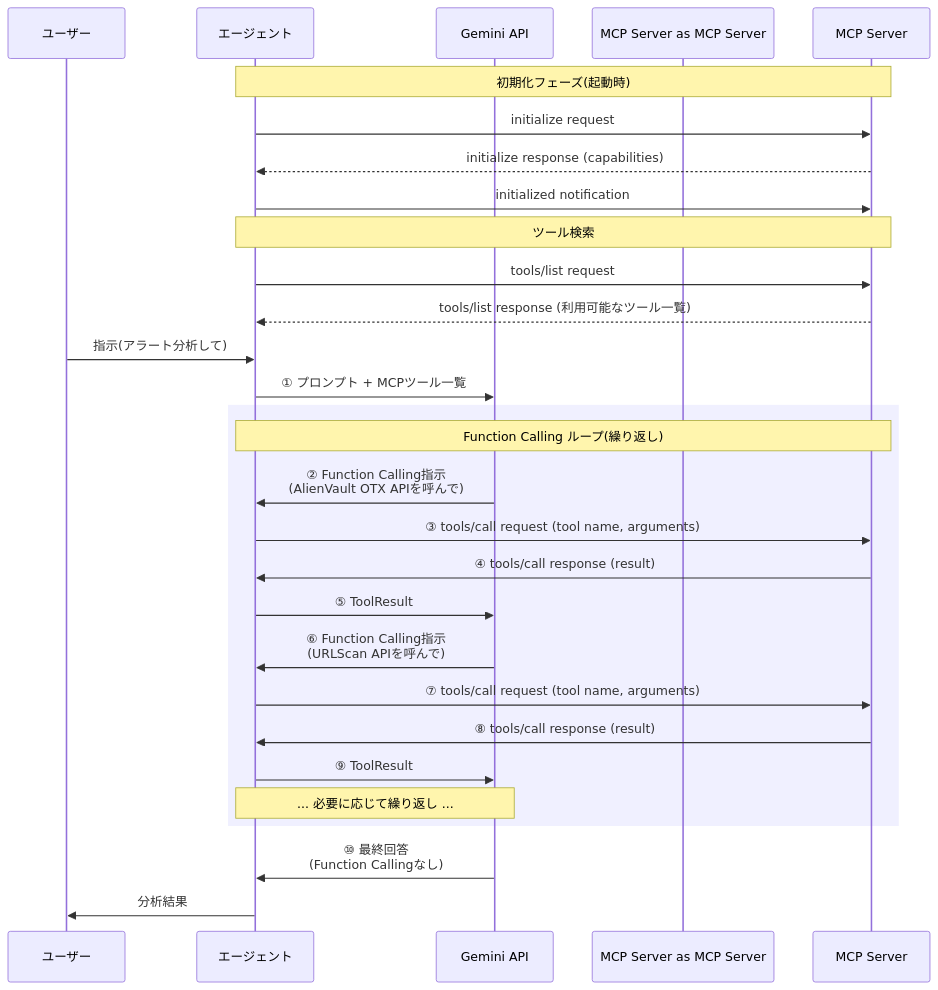
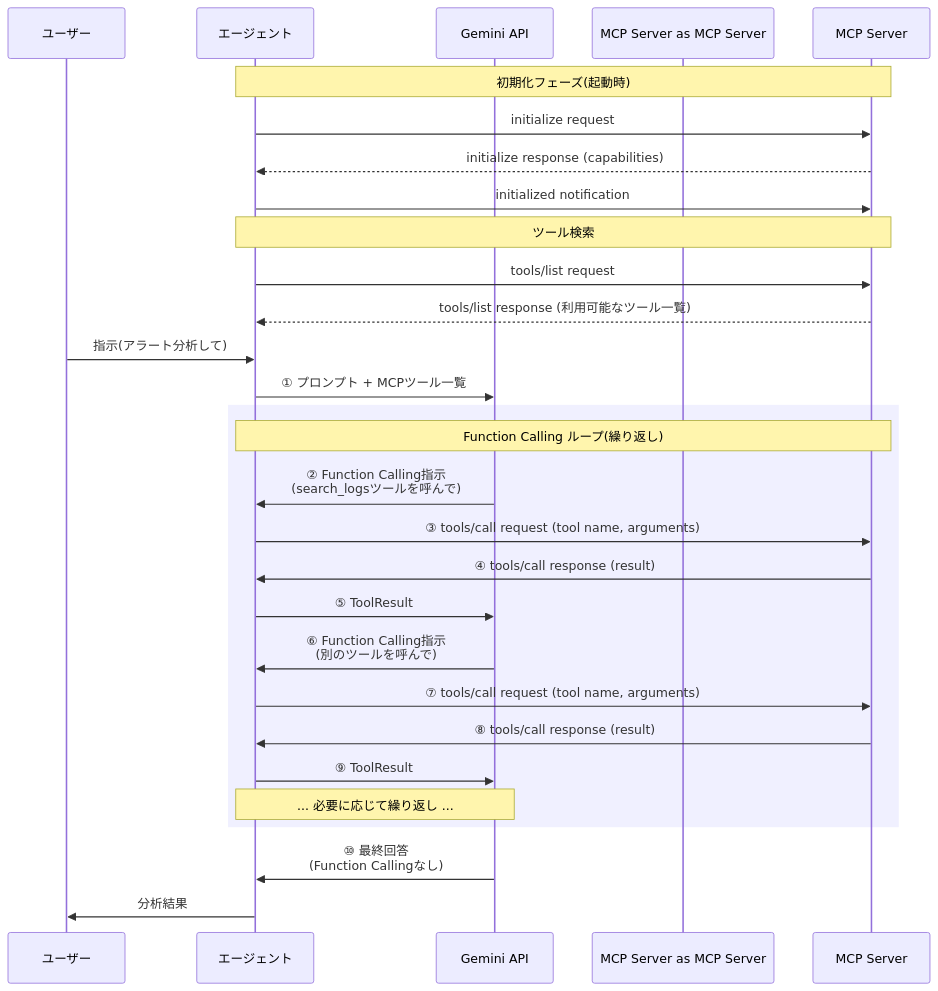
Before and after one commit to m-mizutani/advcal2025: the diagram in articles/sec-agent-10-mcp.md, drawn with Mermaid. The commit also changed other lines of this file, not shown here.

````diff
--- a/articles/sec-agent-10-mcp.md
+++ b/articles/sec-agent-10-mcp.md
@@ -39,37 +37,37 @@
 ```mermaid
 sequenceDiagram
     participant User as ユーザー
     participant App as エージェント
     participant LLM as Gemini API
     participant MCP Server as MCP Server
 
     Note over App,MCP Server: 初期化フェーズ(起動時)
     App->>MCP Server: initialize request
     MCP Server-->>App: initialize response (capabilities)
     App->>MCP Server: initialized notification
 
     Note over App,MCP Server: ツール検索
     App->>MCP Server: tools/list request
     MCP Server-->>App: tools/list response (利用可能なツール一覧)
 
     User->>App: 指示(アラート分析して)
     App->>LLM: ① プロンプト + MCPツール一覧
 
     rect rgb(240, 240, 255)
         Note over App,MCP Server: Function Calling ループ(繰り返し)
-        LLM->>App: ② Function Calling指示<br/>(AlienVault OTX APIを呼んで)
+        LLM->>App: ② Function Calling指示<br/>(search_logsツールを呼んで)
         App->>MCP Server: ③ tools/call request (tool name, arguments)
         MCP Server->>App: ④ tools/call response (result)
         App->>LLM: ⑤ ToolResult
 
-        LLM->>App: ⑥ Function Calling指示<br/>(URLScan APIを呼んで)
+        LLM->>App: ⑥ Function Calling指示<br/>(別のツールを呼んで)
         App->>MCP Server: ⑦ tools/call request (tool name, arguments)
         MCP Server->>App: ⑧ tools/call response (result)
         App->>LLM: ⑨ ToolResult
 
         Note over LLM,App: ... 必要に応じて繰り返し ...
     end
 
     LLM->>App: ⑩ 最終回答<br/>(Function Callingなし)
     App->>User: 分析結果
 ```
````
